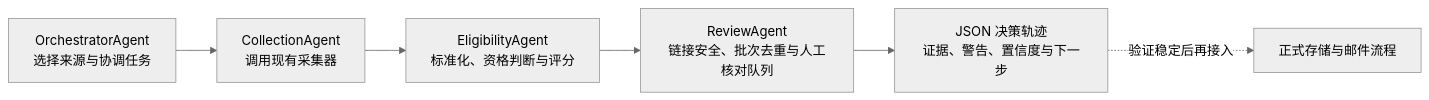
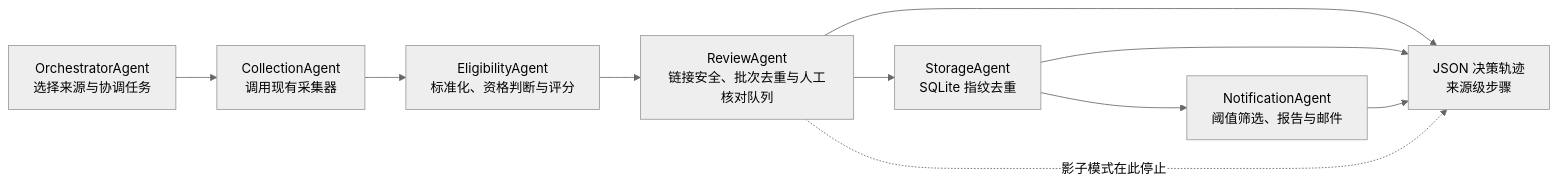
The second of 2 diagrams in docs/architecture.md (Ryan-Z1010/campus-job-radar), drawn with Mermaid (neutral theme) before and after one commit. The commit also changed other lines of this file and 10 other files, not shown here.

````diff
--- a/docs/architecture.md
+++ b/docs/architecture.md
@@ -29,8 +29,12 @@
 ```mermaid
 flowchart LR
     O["OrchestratorAgent<br/>选择来源与协调任务"] --> C["CollectionAgent<br/>调用现有采集器"]
     C --> E["EligibilityAgent<br/>标准化、资格判断与评分"]
     E --> R["ReviewAgent<br/>链接安全、批次去重与人工核对队列"]
-    R --> T["JSON 决策轨迹<br/>证据、警告、置信度与下一步"]
-    T -. "验证稳定后再接入" .-> P["正式存储与邮件流程"]
+    R --> S["StorageAgent<br/>SQLite 指纹去重"]
+    S --> N["NotificationAgent<br/>阈值筛选、报告与邮件"]
+    R --> T["JSON 决策轨迹<br/>来源级步骤"]
+    S --> T
+    N --> T
+    R -. "影子模式在此停止" .-> T
 ```
````
